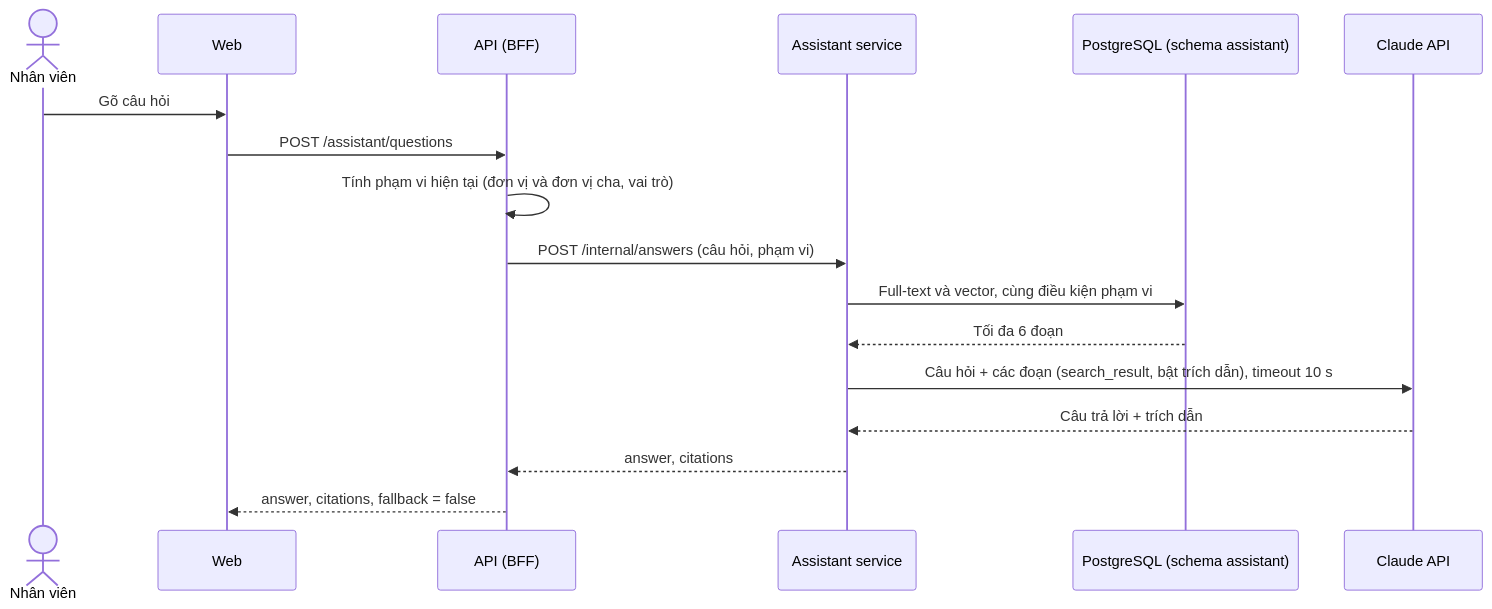
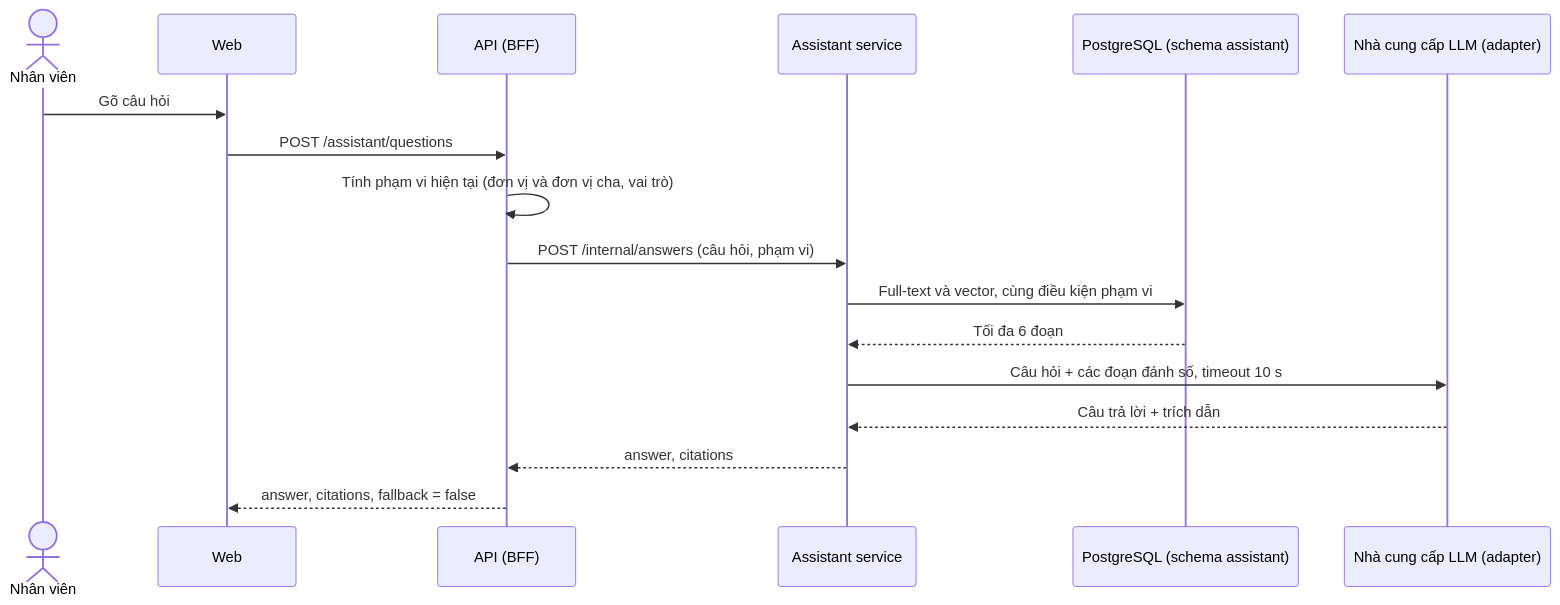
One commit to Acerchicken/HR-Enterprise-Platform changed the diagram in docs/features/UC6-policy-assistant/spec.md. Above: the diagram before and after it, drawn with Mermaid. The commit also changed other lines of this file and 17 other files, not shown here.

First line of the commit message:
docs(uc6): ADMIN chọn nhà cung cấp AI trong ứng dụng (FR-6.4), adapter Claude, Gemini, DeepSeek

````diff
--- a/docs/features/UC6-policy-assistant/spec.md
+++ b/docs/features/UC6-policy-assistant/spec.md
@@ -39,19 +45,19 @@
 ```mermaid
 sequenceDiagram
   actor NV as Nhân viên
   participant W as Web
   participant API as API (BFF)
   participant AS as Assistant service
   participant DB as PostgreSQL (schema assistant)
-  participant L as Claude API
+  participant L as Nhà cung cấp LLM (adapter)
   NV->>W: Gõ câu hỏi
   W->>API: POST /assistant/questions
   API->>API: Tính phạm vi hiện tại (đơn vị và đơn vị cha, vai trò)
   API->>AS: POST /internal/answers (câu hỏi, phạm vi)
   AS->>DB: Full-text và vector, cùng điều kiện phạm vi
   DB-->>AS: Tối đa 6 đoạn
-  AS->>L: Câu hỏi + các đoạn (search_result, bật trích dẫn), timeout 10 s
+  AS->>L: Câu hỏi + các đoạn đánh số, timeout 10 s
   L-->>AS: Câu trả lời + trích dẫn
   AS-->>API: answer, citations
   API-->>W: answer, citations, fallback = false
 ```
````
